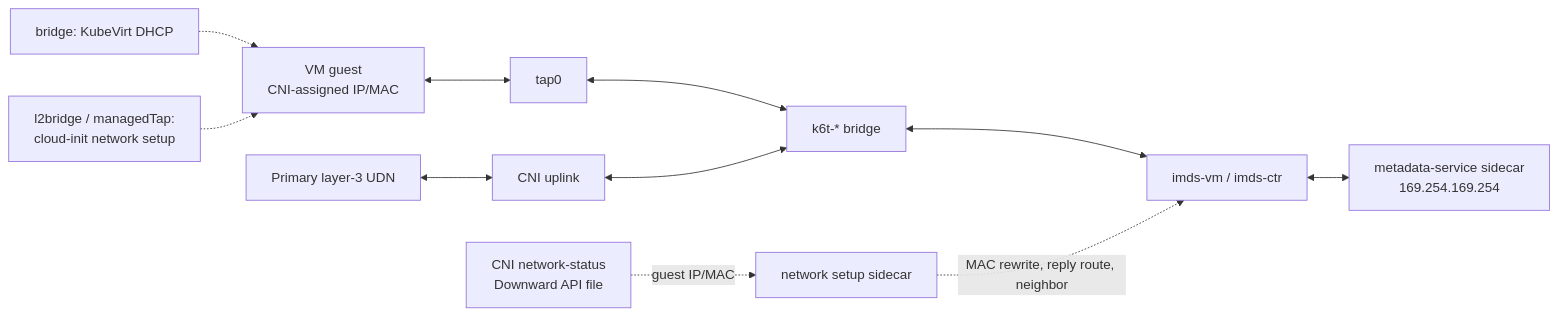
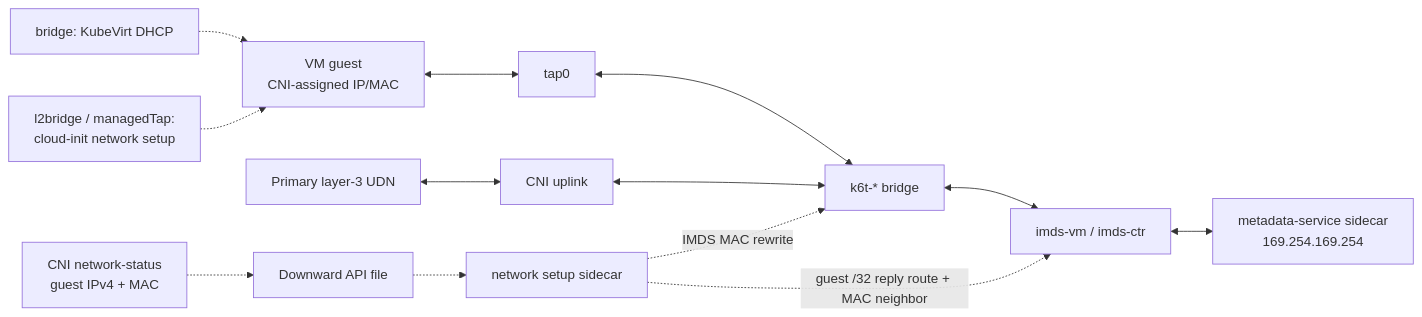
The diagram in cmd/dsx-imds-network-setup/README.md (dsx-ai-factory/nvidia-workload-identity), drawn with Mermaid before and after one commit. The commit also changed other lines of this file, not shown here.

Commit message:
docs(NO-REF): show guest address input to IMDS

````diff
--- a/cmd/dsx-imds-network-setup/README.md
+++ b/cmd/dsx-imds-network-setup/README.md
@@ -39,14 +39,16 @@
 ```mermaid
 flowchart LR
     Guest["VM guest<br/>CNI-assigned IP/MAC"] <--> Tap["tap0"]
     Tap <--> Bridge["k6t-* bridge"]
     Bridge <--> Veth["imds-vm / imds-ctr"]
     Veth <--> Metadata["metadata-service sidecar<br/>169.254.169.254"]
     UDN["Primary layer-3 UDN"] <--> Uplink["CNI uplink"]
     Uplink <--> Bridge
 
     DHCP["bridge: KubeVirt DHCP"] -.-> Guest
     CloudInit["l2bridge / managedTap:<br/>cloud-init network setup"] -.-> Guest
-    Status["CNI network-status<br/>Downward API file"] -.->|"guest IP/MAC"| Setup["network setup sidecar"]
-    Setup -.->|"MAC rewrite, reply route, neighbor"| Veth
+    Status["CNI network-status<br/>guest IPv4 + MAC"] -.-> File["Downward API file"]
+    File -.-> Setup["network setup sidecar"]
+    Setup -.->|"guest /32 reply route + MAC neighbor"| Veth
+    Setup -.->|"IMDS MAC rewrite"| Bridge
 ```
````
